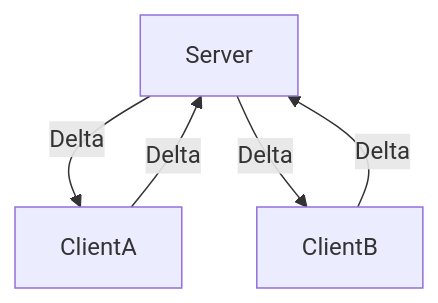
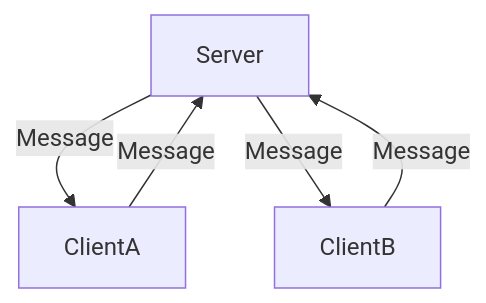
The diagram in README.md (CharlieTap/synk), drawn with Mermaid before and after one commit. The commit also changed other lines of this file and 1 other file, not shown here.

````diff
--- a/README.md
+++ b/README.md
@@ -20,7 +40,7 @@
 ```mermaid
 graph TD;
- Server--Delta-->ClientA;
- Server--Delta-->ClientB;
- ClientA--Delta-->Server;
- ClientB--Delta-->Server;
+ Server--Message-->ClientA;
+ Server--Message-->ClientB;
+ ClientA--Message-->Server;
+ ClientB--Message-->Server;
 ```
````
